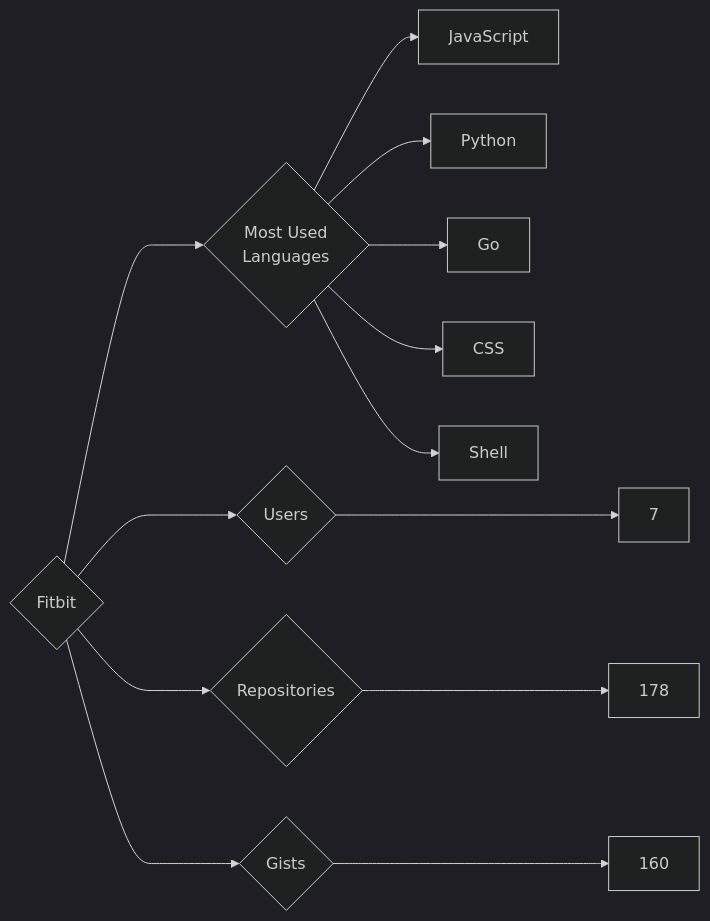
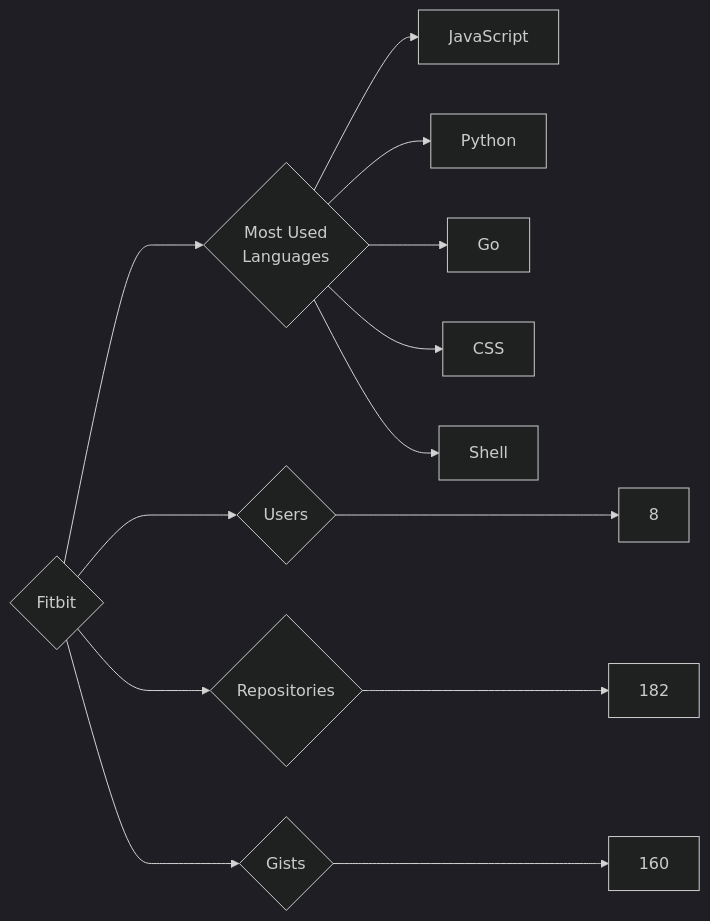
Before and after one commit to trickest/insiders: the diagram in targets/Fitbit/README.md, drawn with Mermaid (dark theme). The commit also changed 823 other files, not shown here.

````diff
--- a/targets/Fitbit/README.md
+++ b/targets/Fitbit/README.md
@@ -3,13 +3,13 @@
 ```mermaid
 graph LR
 COMPANY_NAME{Fitbit}
-COMPANY_NAME ---> U{Users} ---> UN[7]
-COMPANY_NAME ---> R{Repositories} ---> RN[178]
+COMPANY_NAME ---> U{Users} ---> UN[8]
+COMPANY_NAME ---> R{Repositories} ---> RN[182]
 COMPANY_NAME ---> G{Gists} ---> GN[160]
 COMPANY_NAME ---> ML{Most Used<br>Languages}
 ML --> JavaScript[JavaScript]
 ML --> Python[Python]
 ML --> Go[Go]
 ML --> CSS[CSS]
 ML --> Shell[Shell]
 ```
````
